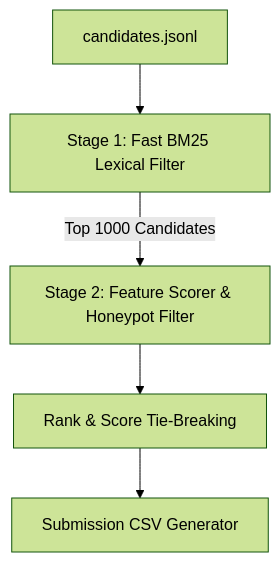
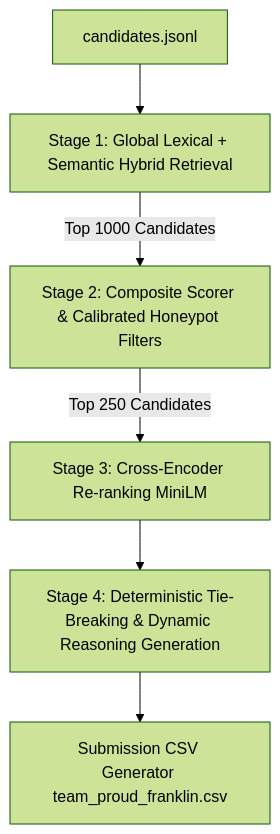
Before and after one commit to Anshsurana123/job-recruitment: the diagram in README.md, drawn with Mermaid (forest theme). The commit also changed other lines of this file and 24 other files, not shown here.

First line of the commit message:
feat: sync sandbox scorer with rank.py competition logic, add student ranker, precompute embeddings, and presentation generator

````diff
--- a/README.md
+++ b/README.md
@@ -7,7 +7,8 @@
 ```mermaid
 graph TD
-    A[candidates.jsonl] --> B[Stage 1: Fast BM25 Lexical Filter]
-    B -->|Top 1000 Candidates| C[Stage 2: Feature Scorer & Honeypot Filter]
-    C --> D[Rank & Score Tie-Breaking]
-    D --> E[Submission CSV Generator]
+    A[candidates.jsonl] --> B[Stage 1: Global Lexical + Semantic Hybrid Retrieval]
+    B -->|Top 1000 Candidates| C[Stage 2: Composite Scorer & Calibrated Honeypot Filters]
+    C -->|Top 250 Candidates| D[Stage 3: Cross-Encoder Re-ranking MiniLM]
+    D --> E[Stage 4: Deterministic Tie-Breaking & Dynamic Reasoning Generation]
+    E --> F[Submission CSV Generator team_proud_franklin.csv]
 ```
````
